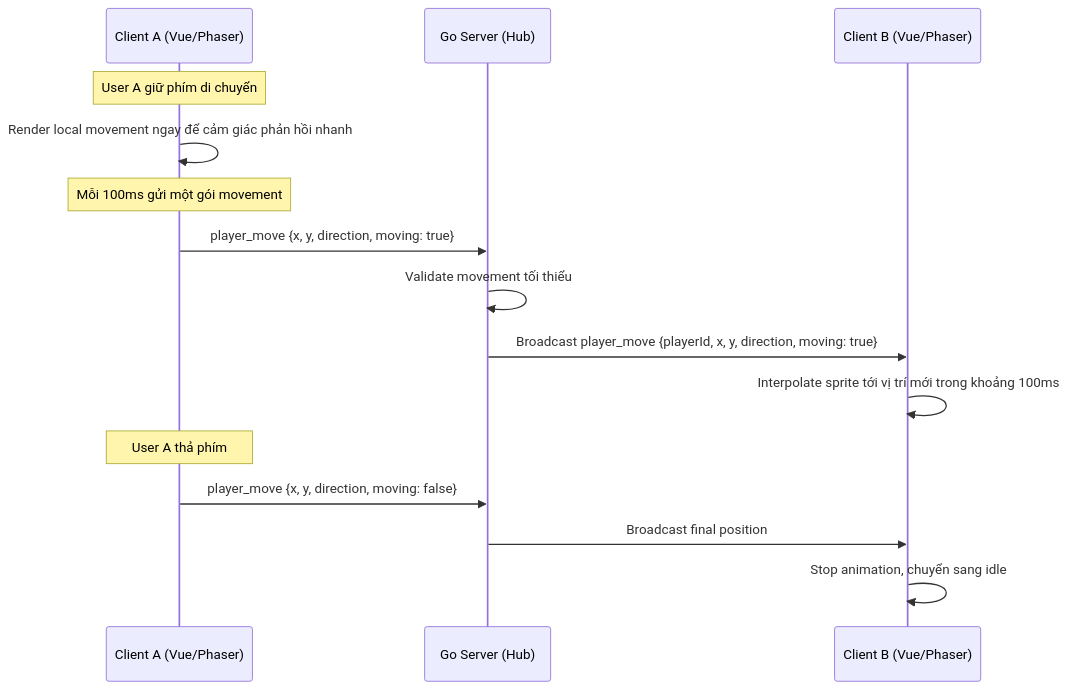
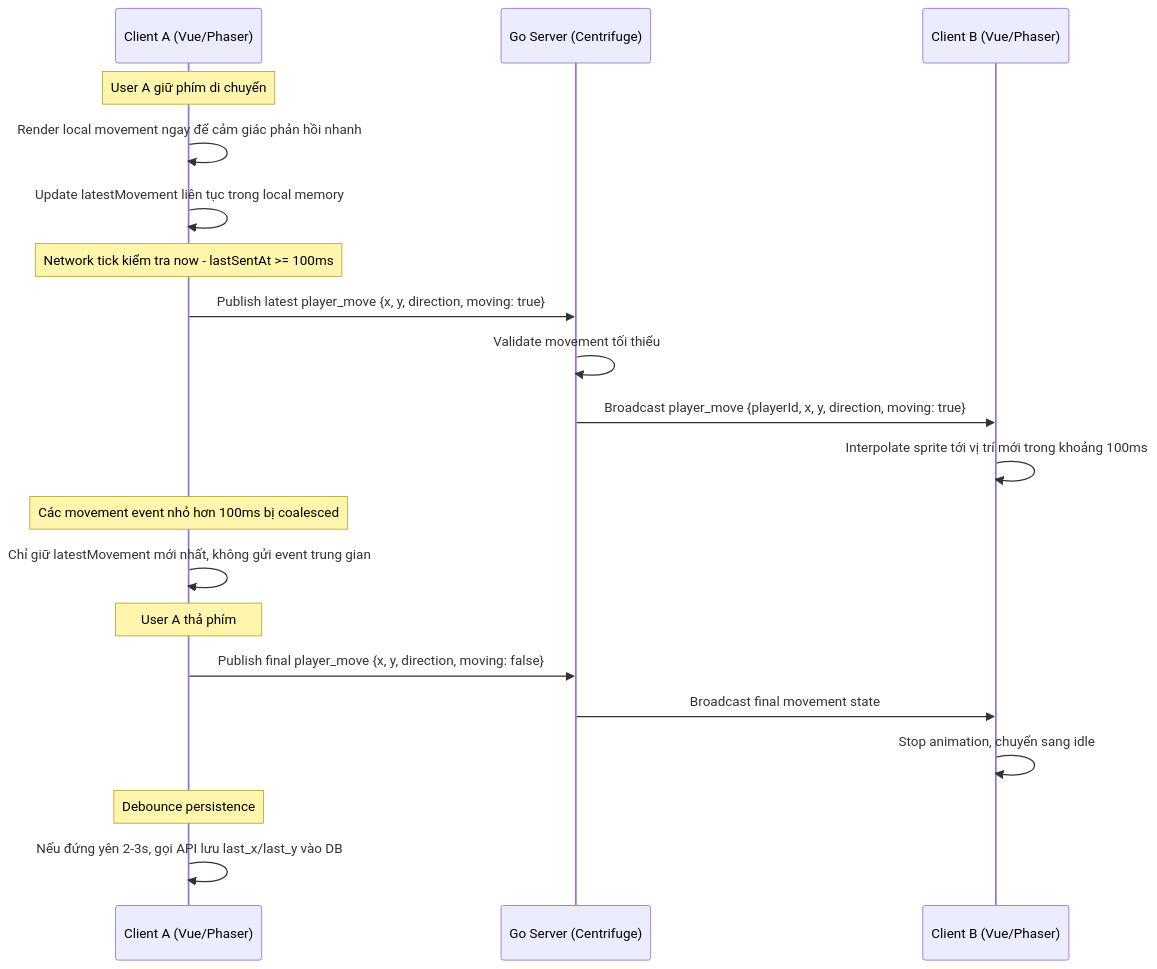
One commit to iamDicun/BigTown changed the diagram in docs/Architecture.md. Above: the diagram before and after it, drawn with Mermaid. The commit also changed other lines of this file and 104 other files, not shown here.

````diff
--- a/docs/Architecture.md
+++ b/docs/Architecture.md
@@ -184,20 +208,27 @@
 ```mermaid
 sequenceDiagram
     participant A as Client A (Vue/Phaser)
-    participant S as Go Server (Hub)
+    participant S as Go Server (Centrifuge)
     participant B as Client B (Vue/Phaser)
 
     Note over A: User A giữ phím di chuyển
     A->>A: Render local movement ngay để cảm giác phản hồi nhanh
+    A->>A: Update latestMovement liên tục trong local memory
 
-    Note over A: Mỗi 100ms gửi một gói movement
-    A->>S: player_move {x, y, direction, moving: true}
+    Note over A: Network tick kiểm tra now - lastSentAt >= 100ms
+    A->>S: Publish latest player_move {x, y, direction, moving: true}
     S->>S: Validate movement tối thiểu
     S->>B: Broadcast player_move {playerId, x, y, direction, moving: true}
     B->>B: Interpolate sprite tới vị trí mới trong khoảng 100ms
 
+    Note over A: Các movement event nhỏ hơn 100ms bị coalesced
+    A->>A: Chỉ giữ latestMovement mới nhất, không gửi event trung gian
+
     Note over A: User A thả phím
-    A->>S: player_move {x, y, direction, moving: false}
-    S->>B: Broadcast final position
+    A->>S: Publish final player_move {x, y, direction, moving: false}
+    S->>B: Broadcast final movement state
     B->>B: Stop animation, chuyển sang idle
+
+    Note over A: Debounce persistence
+    A->>A: Nếu đứng yên 2-3s, gọi API lưu last_x/last_y vào DB
 ```
````
